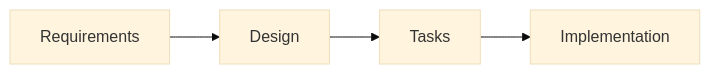
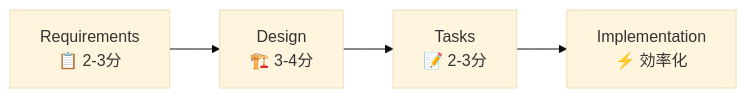
One commit to shouta0715/shunsaku-monorepo changed the diagram in apps/web/.claude/CLAUDE.md. Above: the diagram before and after it, drawn with Mermaid (base theme). The commit also changed other lines of this file and 4 other files, not shown here.

````diff
--- a/apps/web/.claude/CLAUDE.md
+++ b/apps/web/.claude/CLAUDE.md
@@ -81,6 +84,6 @@
 ```mermaid
 graph LR
-    A[Requirements] --> B[Design]
-    B --> C[Tasks]
-    C --> D[Implementation]
+    A[Requirements<br/>📋 2-3分] --> B[Design<br/>🏗️ 3-4分]
+    B --> C[Tasks<br/>📝 2-3分]
+    C --> D[Implementation<br/>⚡ 効率化]
 ```
````
